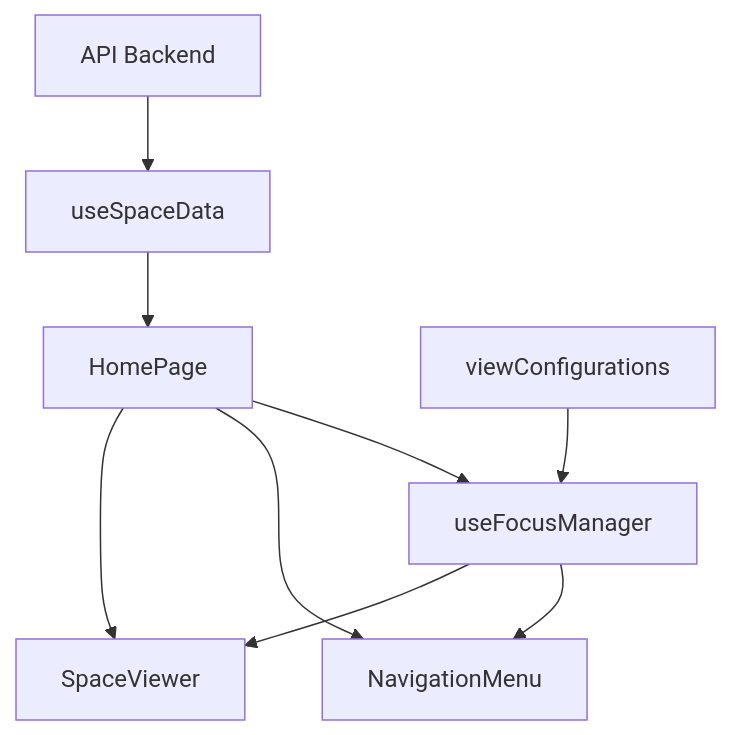
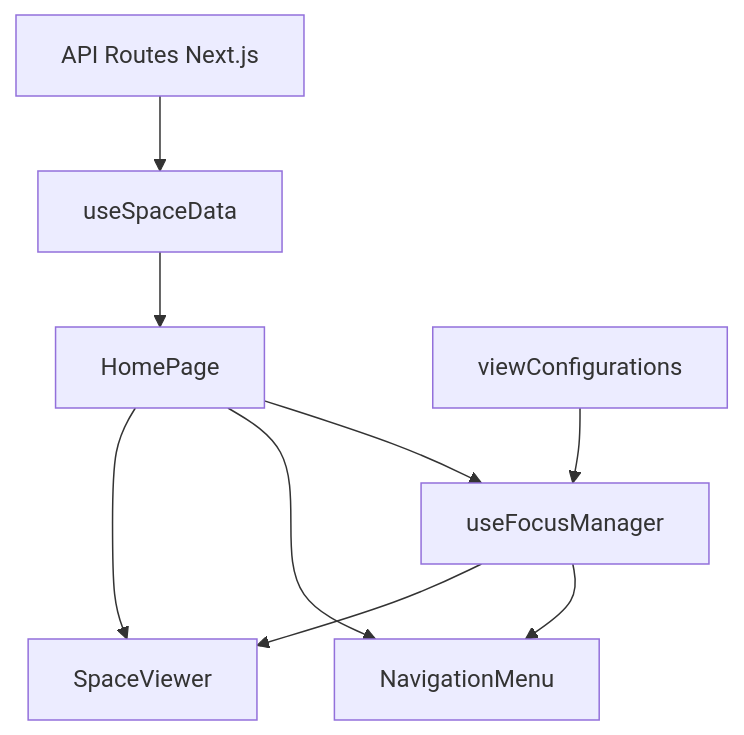
Before and after one commit to Emjy/SpaceOdyssey_frontend: the diagram in OPTIMIZATIONS_SUMMARY.md, drawn with Mermaid. The commit also changed 41 other files, not shown here.

````diff
--- a/OPTIMIZATIONS_SUMMARY.md
+++ b/OPTIMIZATIONS_SUMMARY.md
@@ -131,11 +131,11 @@
 ```mermaid
 graph TD
-    A[API Backend] --> B[useSpaceData]
+    A[API Routes Next.js] --> B[useSpaceData]
     B --> C[HomePage]
     C --> D[useFocusManager]
     C --> E[NavigationMenu]
     C --> F[SpaceViewer]
     G[viewConfigurations] --> D
     D --> E
     D --> F
 ```
````
